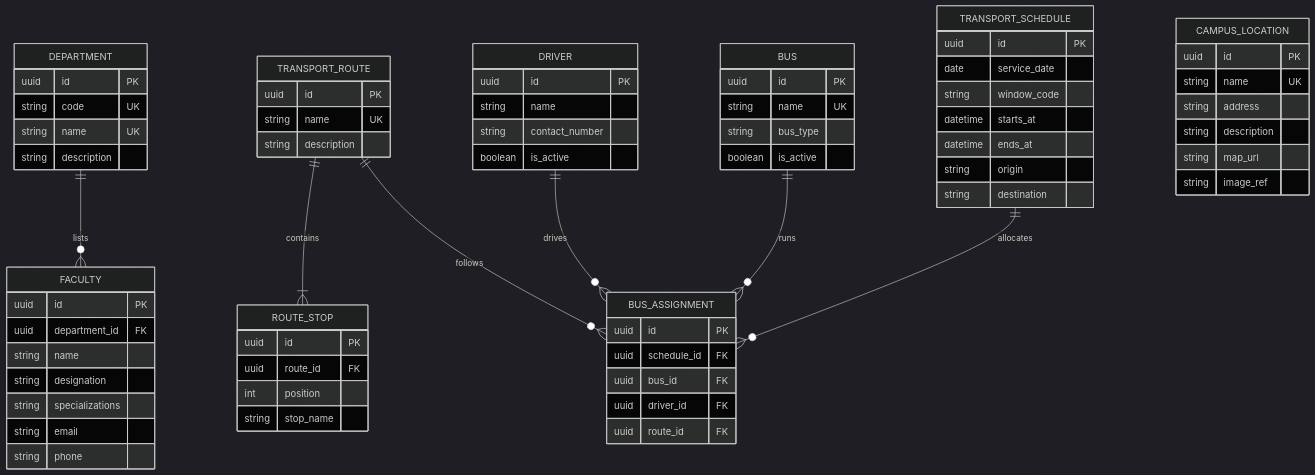
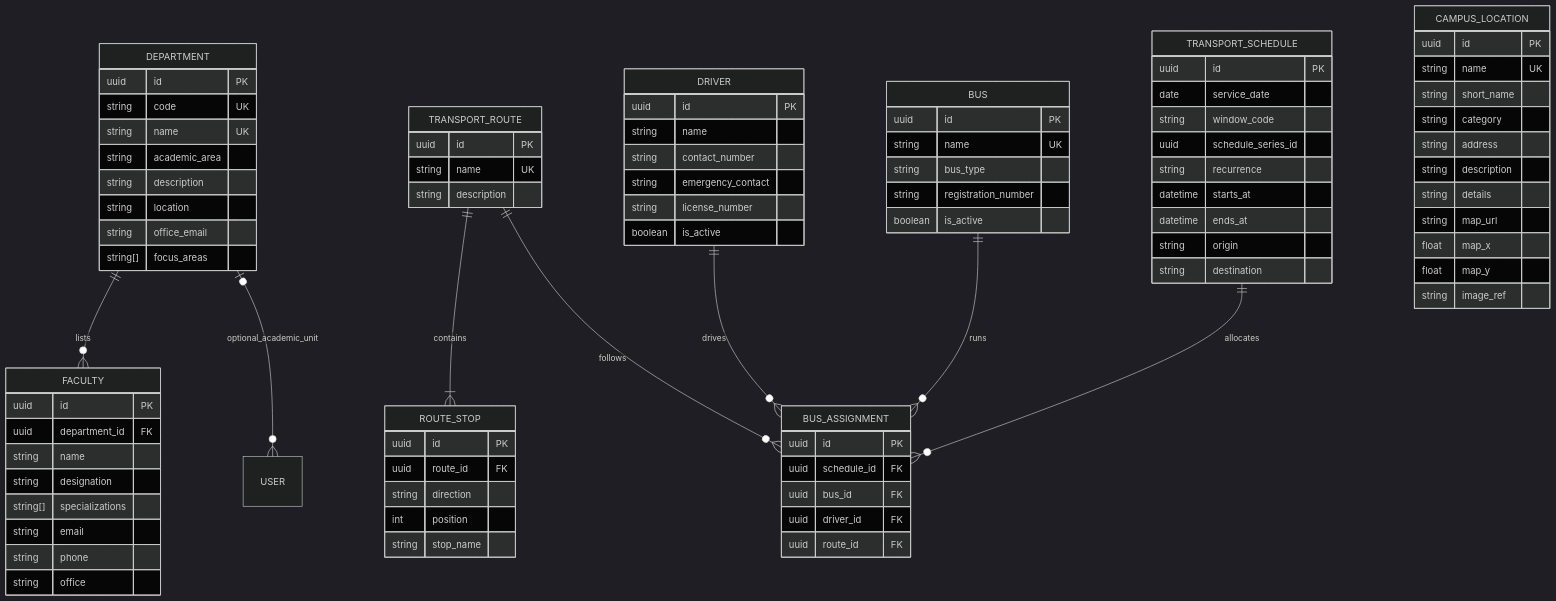
Before and after one commit to anindya357/UniCircle: the second of 4 diagrams in docs/design/ERD.md, drawn with Mermaid (dark theme). The commit also changed other lines of this file and 12 other files, not shown here.

Commit message:
Add UniCircle architecture and workflow design diagrams

````diff
--- a/docs/design/ERD.md
+++ b/docs/design/ERD.md
@@ -134,6 +149,7 @@
 ```mermaid
 erDiagram
     DEPARTMENT ||--o{ FACULTY : lists
+    DEPARTMENT o|--o{ USER : optional_academic_unit
     TRANSPORT_ROUTE ||--|{ ROUTE_STOP : contains
     TRANSPORT_SCHEDULE ||--o{ BUS_ASSIGNMENT : allocates
     BUS ||--o{ BUS_ASSIGNMENT : runs
@@ -144,35 +160,48 @@
         uuid id PK
         string code UK
         string name UK
+        string academic_area
         string description
+        string location
+        string office_email
+        string[] focus_areas
     }
     FACULTY {
         uuid id PK
         uuid department_id FK
         string name
         string designation
-        string specializations
+        string[] specializations
         string email
         string phone
+        string office
     }
     CAMPUS_LOCATION {
         uuid id PK
         string name UK
+        string short_name
+        string category
         string address
         string description
+        string details
         string map_url
+        float map_x
+        float map_y
         string image_ref
     }
     BUS {
         uuid id PK
         string name UK
         string bus_type
+        string registration_number
         boolean is_active
     }
     DRIVER {
         uuid id PK
         string name
         string contact_number
+        string emergency_contact
+        string license_number
         boolean is_active
     }
     TRANSPORT_ROUTE {
@@ -183,6 +212,7 @@
     ROUTE_STOP {
         uuid id PK
         uuid route_id FK
+        string direction
         int position
         string stop_name
     }
@@ -190,6 +220,8 @@
         uuid id PK
         date service_date
         string window_code
+        uuid schedule_series_id
+        string recurrence
         datetime starts_at
         datetime ends_at
         string origin
````
